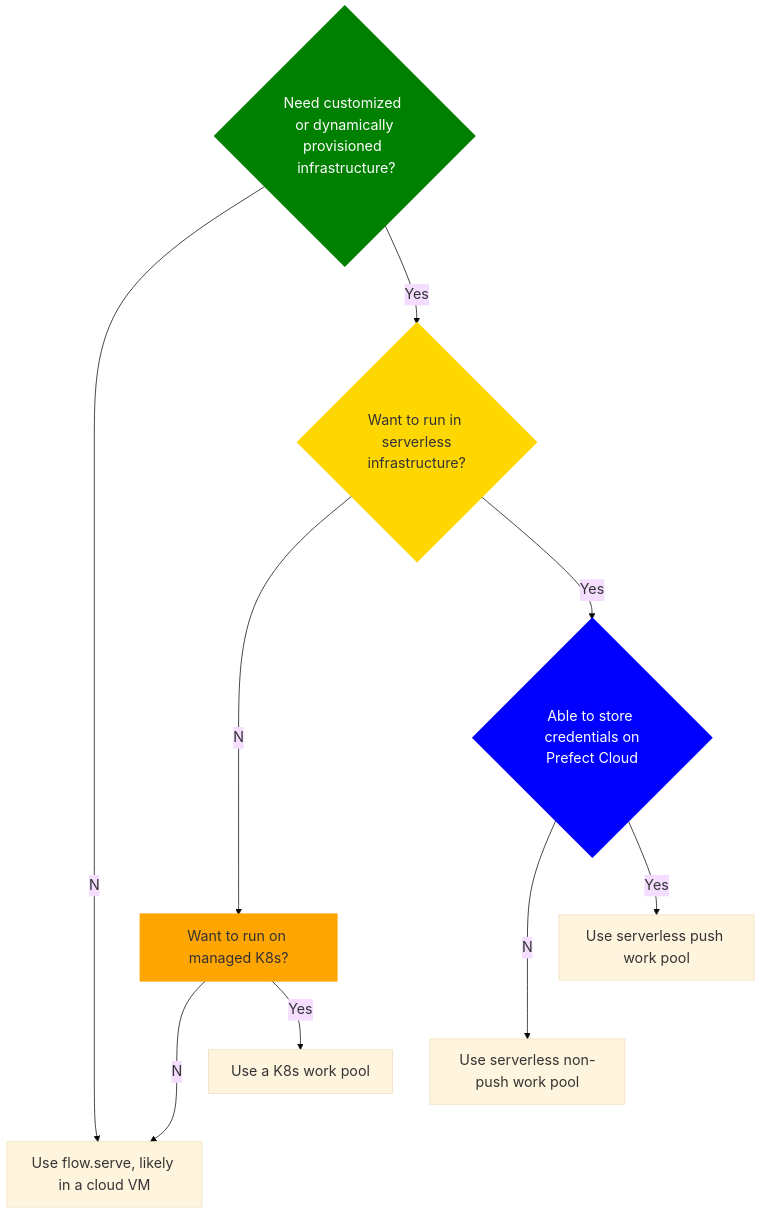
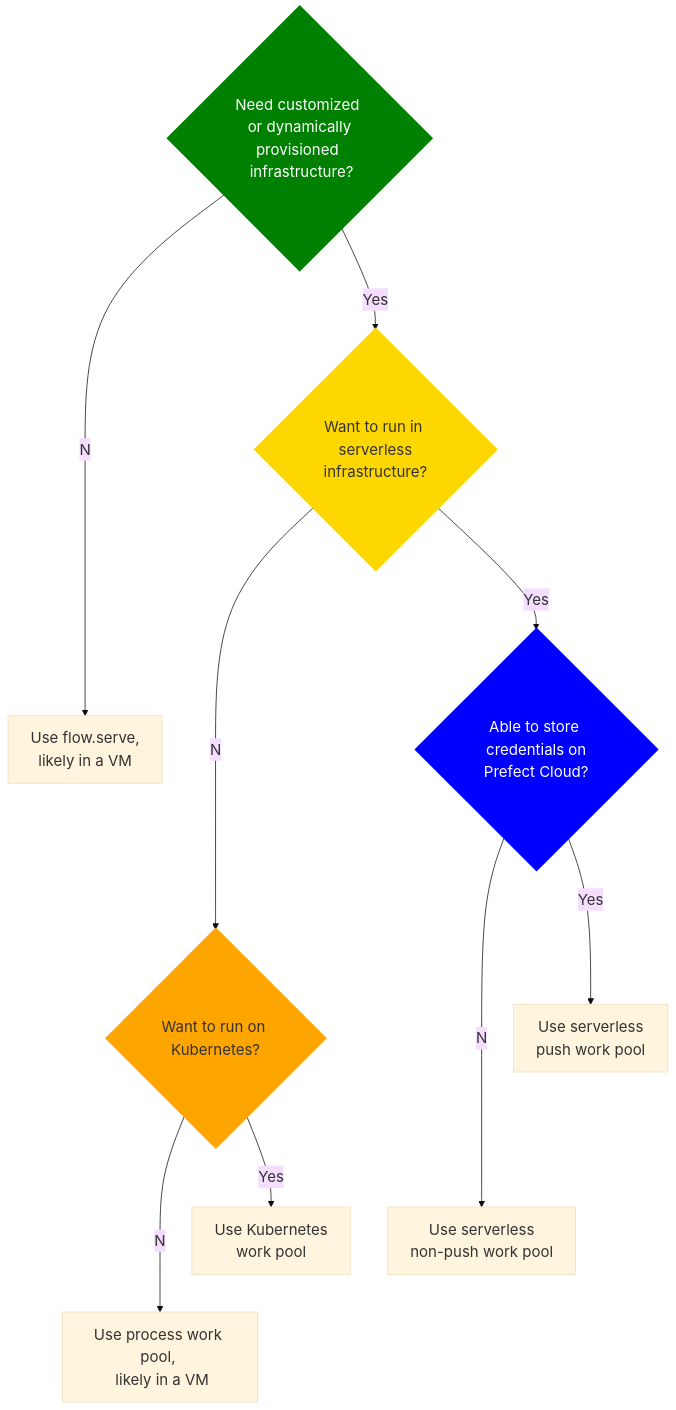
One commit to PrefectHQ/prefect changed the diagram in docs/guides/deployment/choosing.md. Above: the diagram before and after it, drawn with Mermaid. The commit also changed other lines of this file, not shown here.

````diff
--- a/docs/guides/deployment/choosing.md
+++ b/docs/guides/deployment/choosing.md
@@ -23,35 +23,36 @@
 ```mermaid
 %%{
   init: {
     'theme': 'base',
     'themeVariables': {
-      'fontSize': '19px'
+      'fontSize': '20px'
     }
   }
 }%%
 
 flowchart TD
-    A{Need customized <br> or dynamically provisioned <br> infrastructure?}:::green--No-->B[Use flow.serve, likely in a cloud VM]
+    A{Need customized <br> or dynamically provisioned <br> infrastructure?}:::green--No-->B[Use flow.serve, <br> likely in a VM]
     A--Yes-->C{Want to run in <br> serverless infrastructure?}:::yellow
-    C--No-->D[Want to run on managed K8s?]:::orange
-    C--Yes-->E{Able to store <br> credentials on Prefect Cloud}:::blue
-    D--No-->B
-    D--Yes-->G[Use a K8s work pool]
-    E--No-->H[Use serverless non-push work pool]
-    E--Yes-->I[Use serverless push work pool]
+    C--No-->D{Want to run on Kubernetes?}:::orange
+    C--Yes-->E{Able to store <br> credentials on Prefect Cloud?}:::blue
+    D--No-->F[Use process work pool, <br> likely in a VM]
+    D--Yes-->G[Use Kubernetes <br> work pool]
+    E--No-->H[Use serverless <br> non-push work pool]
+    E--Yes-->I[Use serverless <br> push work pool]
   
 
     click B "/tutorial/deployments/" _blank
+    click F "/" _blank
     click G "/guides/deployment/kubernetes/" _blank
     click H "https://prefecthq.github.io/prefect-aws/#using-prefect-with-aws-ecs/" _blank
     click I "/guides/deployment/push-work-pools/" _blank
 
     classDef gold fill:goldenrod,stroke:goldenrod,stroke-width:4px
     classDef yellow fill:gold,stroke:gold,stroke-width:4px
     classDef gray fill:lightgray,stroke:lightgray,stroke-width:4px
     classDef blue fill:blue,stroke:blue,stroke-width:4px,color:white
     classDef green fill:green,stroke:green,stroke-width:4px,color:white
     classDef red fill:red,stroke:red,stroke-width:4px,color:white
-    classDef orange fill:orange,stroke:orange,stroke-width:4px
+    classDef orange fill:orange,stroke:orange,stroke-width:4px: white
     classDef dkgray fill:darkgray,stroke:darkgray,stroke-width:4px,color:white
 ```
````
